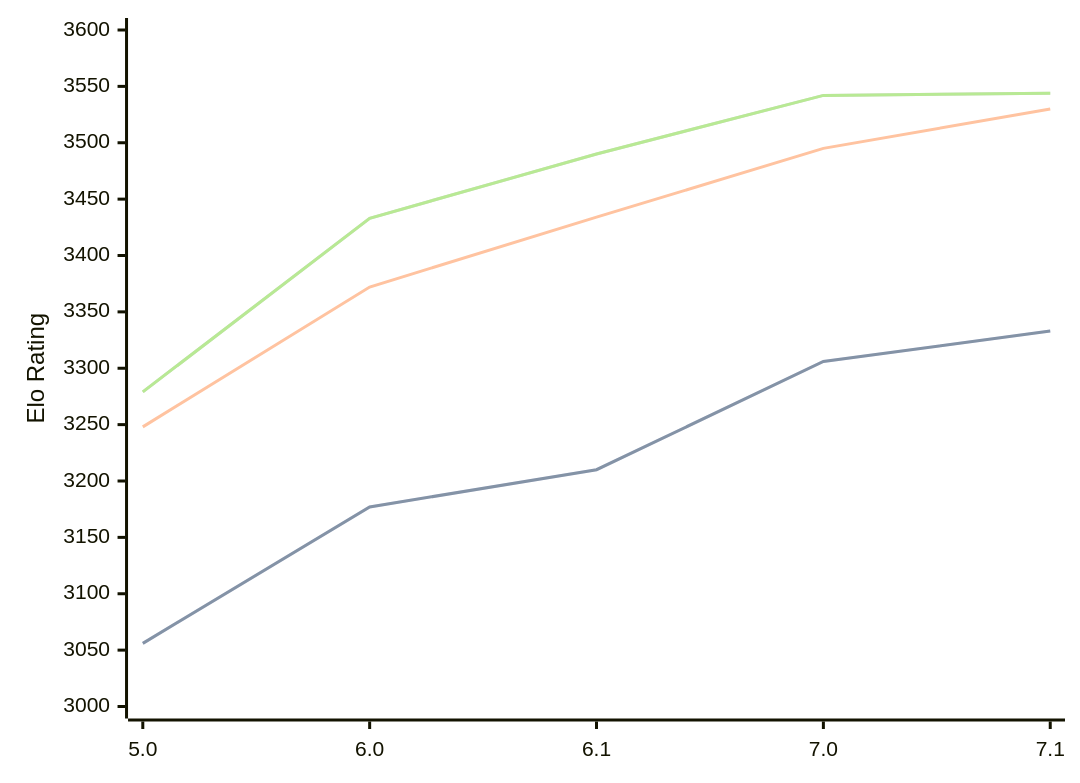
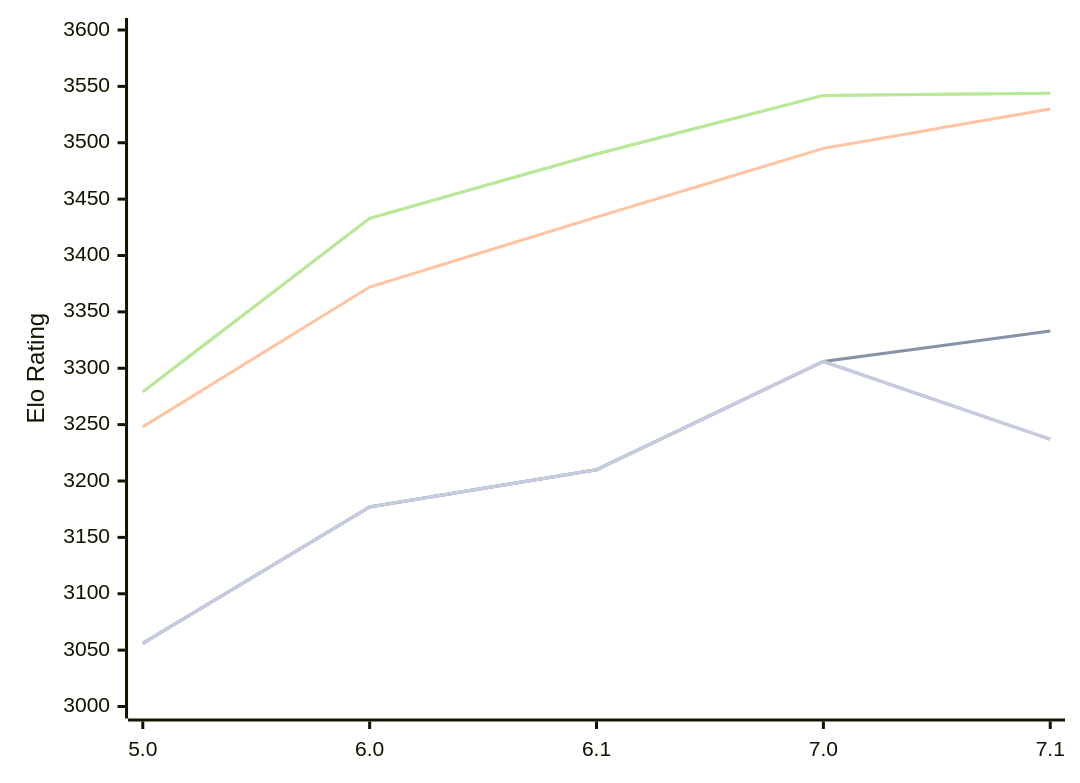
Before and after one commit to computer-chess-index/cci: the diagram in engines/PZChessBot.md, drawn with Mermaid. The commit also changed other lines of this file, not shown here.

Commit message:
Update CCI Ratings (ELO VLTC) - 2026-10-11

````diff
--- a/engines/PZChessBot.md
+++ b/engines/PZChessBot.md
@@ -51,16 +51,13 @@
 ```mermaid
 %%{init: {"theme":"base","themeVariables":{"seriesColors:['#a3a3a3','#222221','#faa371']}}}%%
 xychart-beta
   x-axis ["5.0", "6.0", "6.1", "7.0", "7.1"]
   y-axis "Elo Rating" 3000 --> 3600
   line "" [3056, 3177, 3210, 3306, 3333]
   line "T1: STC (8.0+0.08s)" [3056, 3177, 3210, 3306, 3333]
   line "T1: LTC (60.0+0.60s)" [3248, 3372, 3434, 3495, 3530]
   line "" [3279, 3433, 3490, 3542, 3544]
   line "T1: VLTC (2m24s+1.12s)" [3279, 3433, 3490, 3542, 3544]
-  line "" [3227]
-  line "E1: STC (8.0+0.08s)" [3227]
-  line "E1: LTC (60.0+0.60s)" [3459]
-  line "" [3510]
-  line "E1: VLTC (2m24s+1.12s)" [3510]
+  line "" [3056, 3177, 3210, 3306,3237]
+  line "E1: STC (8.0+0.08s)" [3056, 3177, 3210, 3306,3237]
 ```
````
